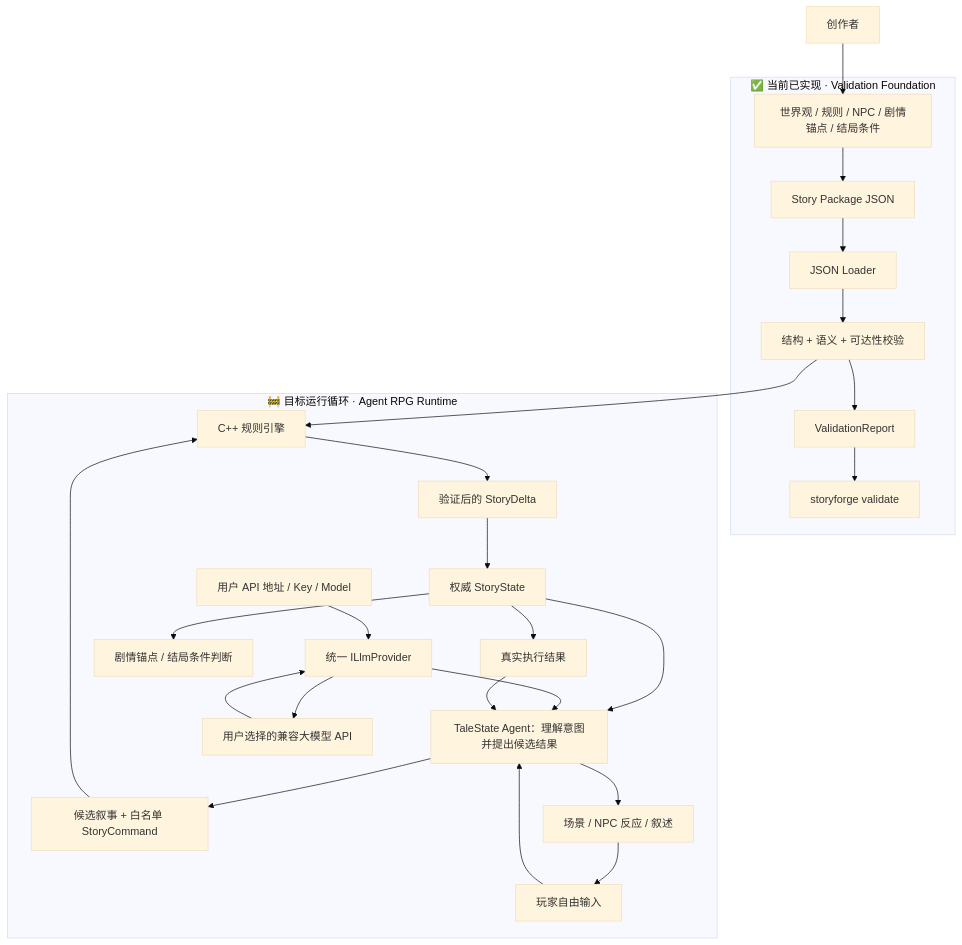
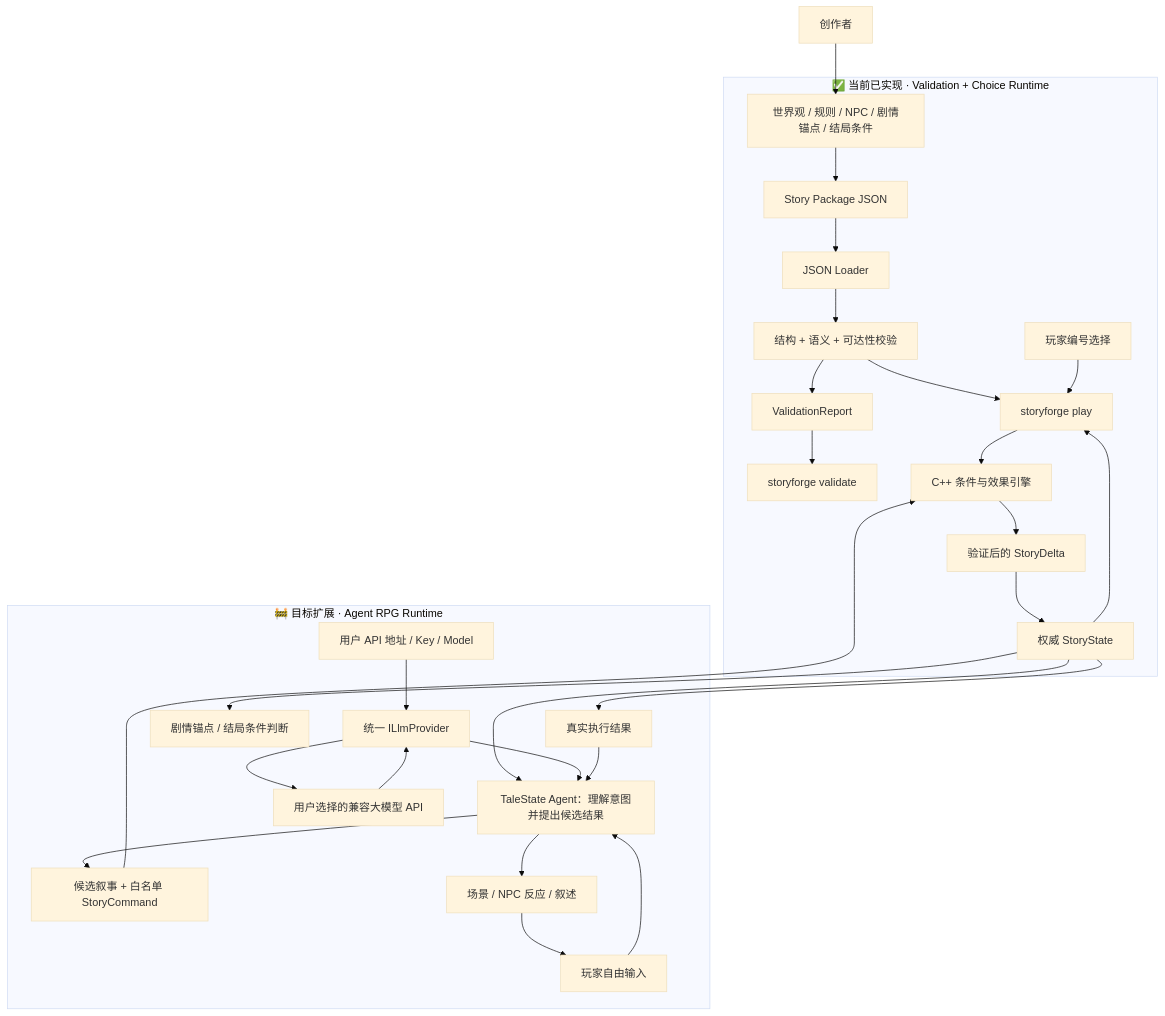
One commit to stellablack528/talestate-cpp changed the diagram in README.md. Above: the diagram before and after it, drawn with Mermaid (base theme). The commit also changed other lines of this file and 10 other files, not shown here.

````diff
--- a/README.md
+++ b/README.md
@@ -122,31 +124,34 @@
 ```mermaid
 flowchart TD
     Creator["创作者"] --> World["世界观 / 规则 / NPC / 剧情锚点 / 结局条件"]
 
-    subgraph Current ["✅ 当前已实现 · Validation Foundation"]
+    subgraph Current ["✅ 当前已实现 · Validation + Choice Runtime"]
         World --> Package["Story Package JSON"]
         Package --> Loader["JSON Loader"]
         Loader --> Validation["结构 + 语义 + 可达性校验"]
         Validation --> Report["ValidationReport"]
         Report --> ValidateCLI["storyforge validate"]
+        Validation --> PlayCLI["storyforge play"]
+        PlayerChoice["玩家编号选择"] --> PlayCLI
+        PlayCLI --> Runtime["C++ 条件与效果引擎"]
+        Runtime --> Delta["验证后的 StoryDelta"]
+        Delta --> State["权威 StoryState"]
+        State --> PlayCLI
     end
 
-    subgraph Target ["🚧 目标运行循环 · Agent RPG Runtime"]
+    subgraph Target ["🚧 目标扩展 · Agent RPG Runtime"]
         Player["玩家自由输入"] --> Agent["TaleState Agent：理解意图并提出候选结果"]
         State["权威 StoryState"] --> Agent
         Config["用户 API 地址 / Key / Model"] --> Provider["统一 ILlmProvider"]
         Provider --> MarketModel["用户选择的兼容大模型 API"]
         MarketModel --> Provider
         Provider --> Agent
-        Validation --> Runtime["C++ 规则引擎"]
         Agent --> Candidate["候选叙事 + 白名单 StoryCommand"]
         Candidate --> Runtime
-        Runtime --> Delta["验证后的 StoryDelta"]
-        Delta --> State
         State --> Ending["剧情锚点 / 结局条件判断"]
         State --> Result["真实执行结果"]
         Result --> Agent
         Agent --> Narrative["场景 / NPC 反应 / 叙述"]
         Narrative --> Player
     end
 ```
````
